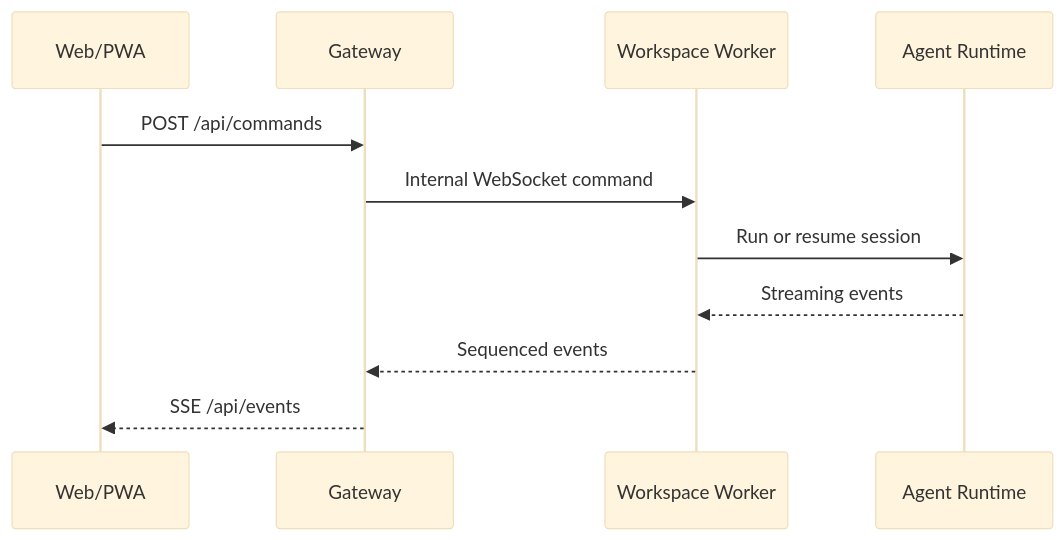
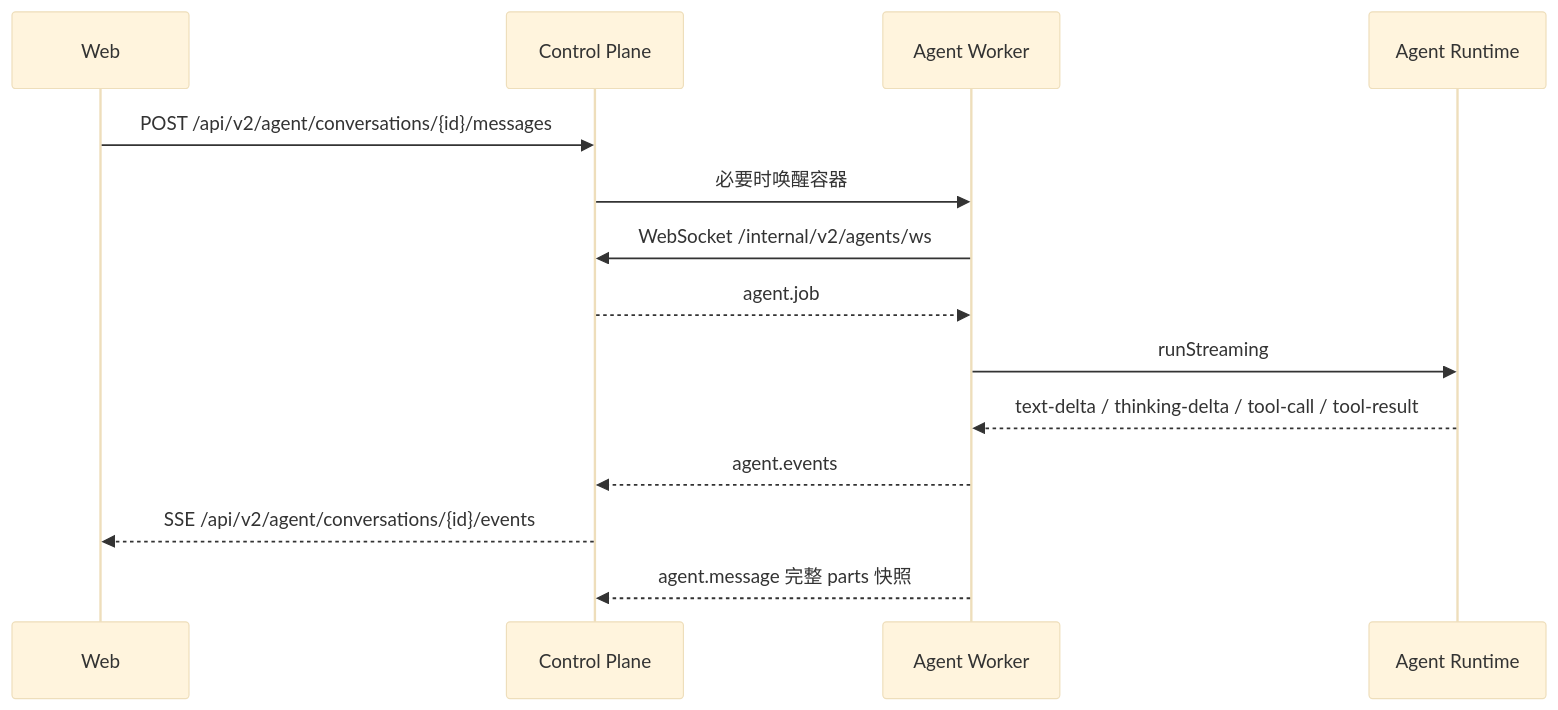
One commit to zzc-101/Kross changed the second of 2 diagrams in docs/technical-overview.md. Above: the diagram before and after it, drawn with Mermaid (base theme). The commit also changed other lines of this file and 47 other files, not shown here.

First line of the commit message:
feat(cloud): stream chats over SSE and push worker jobs on websocket

````diff
--- a/docs/technical-overview.md
+++ b/docs/technical-overview.md
@@ -189,14 +189,17 @@
 ```mermaid
 sequenceDiagram
-    participant B as Web/PWA
-    participant G as Gateway
-    participant W as Workspace Worker
+    participant B as Web
+    participant CP as Control Plane
+    participant W as Agent Worker
     participant R as Agent Runtime
 
-    B->>G: POST /api/commands
-    G->>W: Internal WebSocket command
-    W->>R: Run or resume session
-    R-->>W: Streaming events
-    W-->>G: Sequenced events
-    G-->>B: SSE /api/events
+    B->>CP: POST /api/v2/agent/conversations/{id}/messages
+    CP->>W: 必要时唤醒容器
+    W->>CP: WebSocket /internal/v2/agents/ws
+    CP-->>W: agent.job
+    W->>R: runStreaming
+    R-->>W: text-delta / thinking-delta / tool-call / tool-result
+    W-->>CP: agent.events
+    CP-->>B: SSE /api/v2/agent/conversations/{id}/events
+    W-->>CP: agent.message 完整 parts 快照
 ```
````
